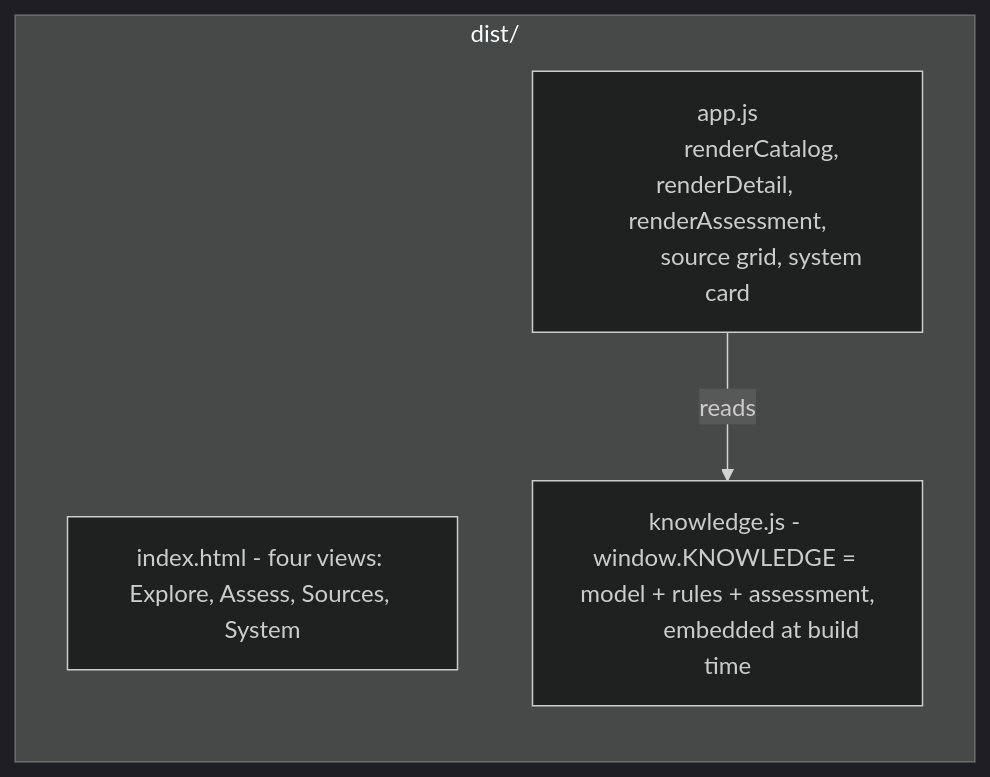
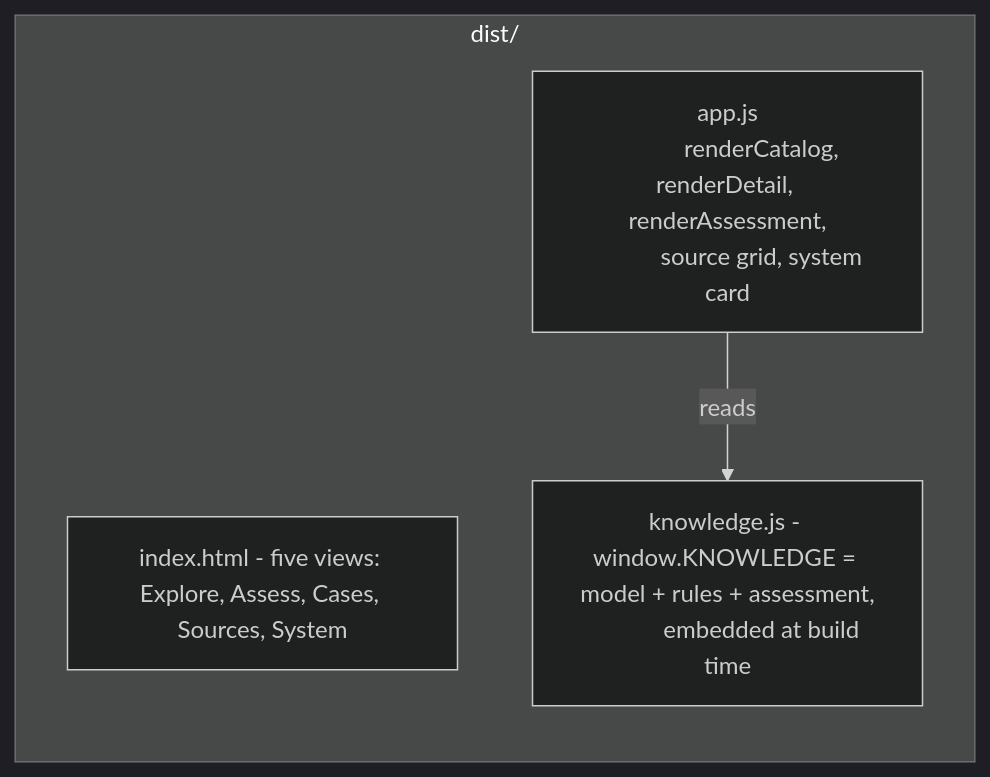
One commit to bitkojine/bitcoin-bridge-research changed the fourth of 5 diagrams in docs/architecture-c4.md. Above: the diagram before and after it, drawn with Mermaid (dark theme). The commit also changed other lines of this file and 10 other files, not shown here.

````diff
--- a/docs/architecture-c4.md
+++ b/docs/architecture-c4.md
@@ -140,12 +140,12 @@
 ```mermaid
 flowchart LR
     subgraph WEB["dist/"]
-        idx["index.html - four views: Explore, Assess, Sources, System"]
+        idx["index.html - five views: Explore, Assess, Cases, Sources, System"]
         app["app.js
             renderCatalog, renderDetail, renderAssessment,
             source grid, system card"]
         kb["knowledge.js - window.KNOWLEDGE = model + rules + assessment,
             embedded at build time"]
     end
     app -->|reads| kb
 ```
````
